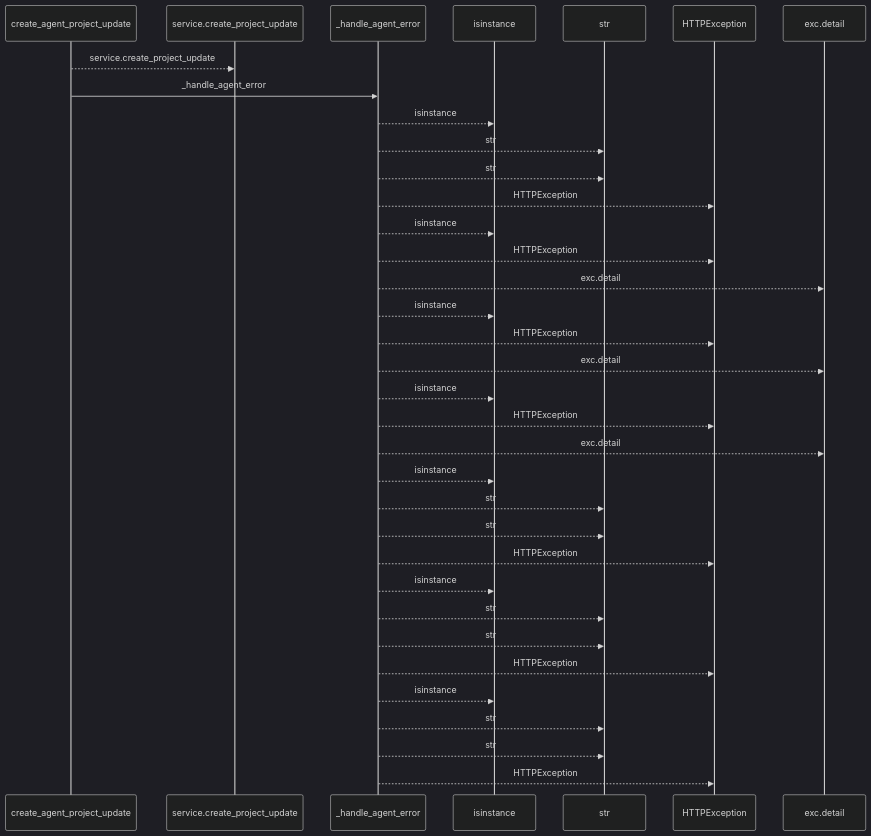
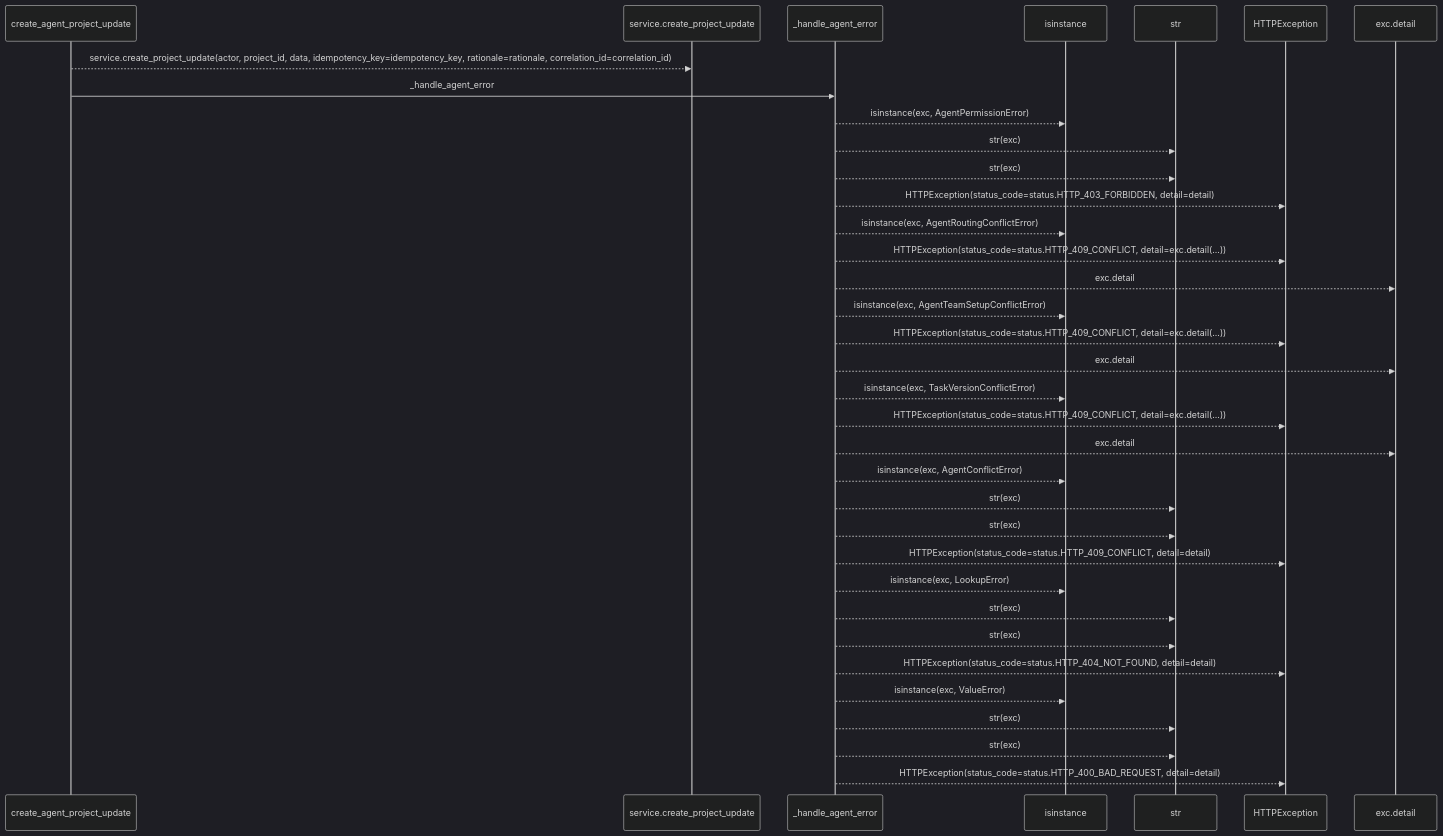
The first of 2 diagrams in docs/llm_wiki/flows/http-create_agent_project_update.md (Denissvgn/WorkChord), drawn with Mermaid (dark theme) before and after one commit. The commit also changed other lines of this file and 25171 other files, not shown here.

````diff
--- a/docs/llm_wiki/flows/http-create_agent_project_update.md
+++ b/docs/llm_wiki/flows/http-create_agent_project_update.md
@@ -10,37 +12,37 @@
 ```mermaid
 sequenceDiagram
     participant p0 as create_agent_project_update
     participant p1 as service.create_project_update
     participant p2 as _handle_agent_error
     participant p3 as isinstance
     participant p4 as str
     participant p5 as HTTPException
     participant p6 as exc.detail
-    p0-->>p1: service.create_project_update
+    p0-->>p1: service.create_project_update(actor, project_id, data, idempotency_key=idempotency_key, rationale=rationale, correlation_id=correlation_id)
     p0->>p2: _handle_agent_error
-    p2-->>p3: isinstance
-    p2-->>p4: str
-    p2-->>p4: str
-    p2-->>p5: HTTPException
-    p2-->>p3: isinstance
-    p2-->>p5: HTTPException
+    p2-->>p3: isinstance(exc, AgentPermissionError)
+    p2-->>p4: str(exc)
+    p2-->>p4: str(exc)
+    p2-->>p5: HTTPException(status_code=status.HTTP_403_FORBIDDEN, detail=detail)
+    p2-->>p3: isinstance(exc, AgentRoutingConflictError)
+    p2-->>p5: HTTPException(status_code=status.HTTP_409_CONFLICT, detail=exc.detail(...))
     p2-->>p6: exc.detail
-    p2-->>p3: isinstance
-    p2-->>p5: HTTPException
+    p2-->>p3: isinstance(exc, AgentTeamSetupConflictError)
+    p2-->>p5: HTTPException(status_code=status.HTTP_409_CONFLICT, detail=exc.detail(...))
     p2-->>p6: exc.detail
-    p2-->>p3: isinstance
-    p2-->>p5: HTTPException
+    p2-->>p3: isinstance(exc, TaskVersionConflictError)
+    p2-->>p5: HTTPException(status_code=status.HTTP_409_CONFLICT, detail=exc.detail(...))
     p2-->>p6: exc.detail
-    p2-->>p3: isinstance
-    p2-->>p4: str
-    p2-->>p4: str
-    p2-->>p5: HTTPException
-    p2-->>p3: isinstance
-    p2-->>p4: str
-    p2-->>p4: str
-    p2-->>p5: HTTPException
-    p2-->>p3: isinstance
-    p2-->>p4: str
-    p2-->>p4: str
-    p2-->>p5: HTTPException
+    p2-->>p3: isinstance(exc, AgentConflictError)
+    p2-->>p4: str(exc)
+    p2-->>p4: str(exc)
+    p2-->>p5: HTTPException(status_code=status.HTTP_409_CONFLICT, detail=detail)
+    p2-->>p3: isinstance(exc, LookupError)
+    p2-->>p4: str(exc)
+    p2-->>p4: str(exc)
+    p2-->>p5: HTTPException(status_code=status.HTTP_404_NOT_FOUND, detail=detail)
+    p2-->>p3: isinstance(exc, ValueError)
+    p2-->>p4: str(exc)
+    p2-->>p4: str(exc)
+    p2-->>p5: HTTPException(status_code=status.HTTP_400_BAD_REQUEST, detail=detail)
 ```
````
